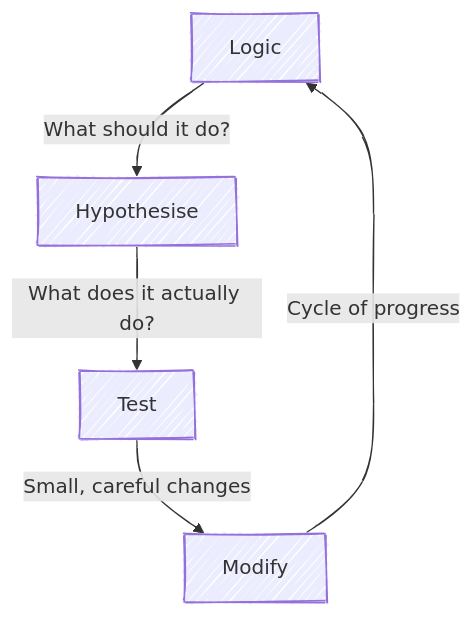
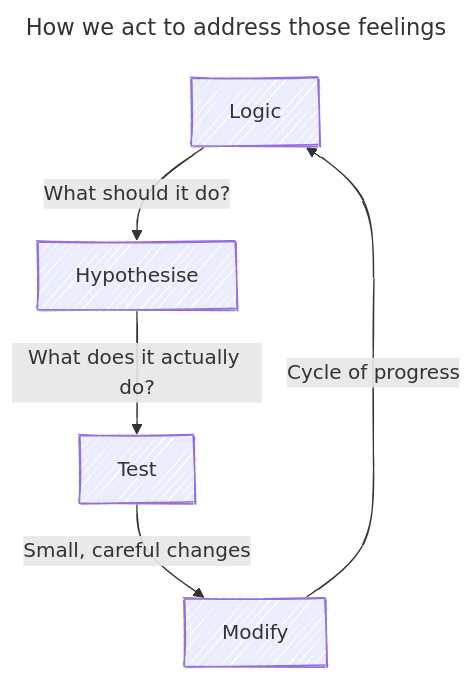
One commit to CodeYourFuture/curriculum changed the second of 2 diagrams in common-content/en/module/legacy/fear/index.md. Above: the diagram before and after it, drawn with Mermaid. The commit also changed other lines of this file and 6 other files, not shown here.

````diff
--- a/common-content/en/module/legacy/fear/index.md
+++ b/common-content/en/module/legacy/fear/index.md
@@ -32,11 +33,12 @@
 ```mermaid
 ---
+title: How we act to address those feelings
 config:
   look: handDrawn
 ---
 graph TD
  Logic -->|What should it do?| Hypothesise
     Hypothesise -->|What does it actually do?|Test
     Test -->|Small, careful changes| Modify --->|Cycle of progress|Logic
 
 ```
````
